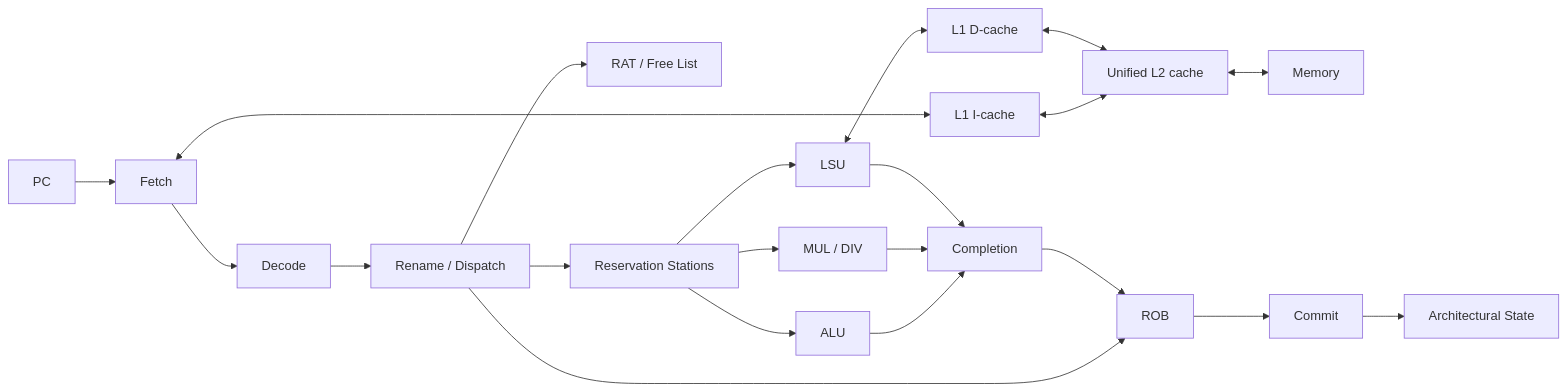
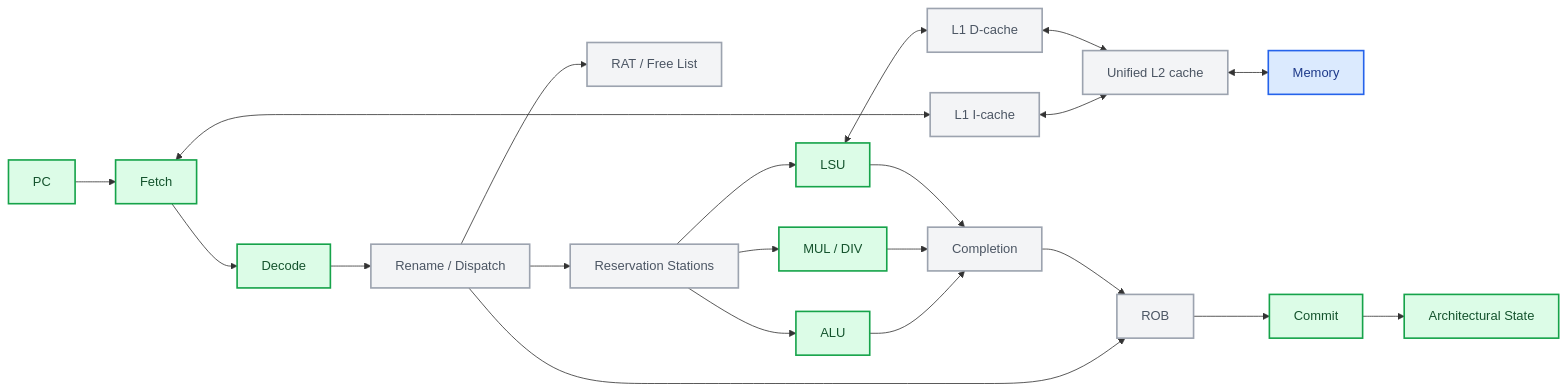
The first of 2 diagrams in README.md (JustinYYZ/rv32im-research-core), drawn with Mermaid before and after one commit. The commit also changed other lines of this file and 9 other files, not shown here.

````diff
--- a/README.md
+++ b/README.md
@@ -45,23 +45,29 @@
 ```mermaid
 flowchart LR
     PC --> FETCH[Fetch]
     FETCH <--> L1I["L1 I-cache"]
     L1I <--> L2["Unified L2 cache"]
     L2 <--> MEM[Memory]
     FETCH --> DECODE[Decode]
     DECODE --> RENAME["Rename / Dispatch"]
     RENAME --> RAT["RAT / Free List"]
     RENAME --> ROB[ROB]
     RENAME --> RS["Reservation Stations"]
     RS --> ALU[ALU]
     RS --> MULDIV["MUL / DIV"]
     RS --> LSU[LSU]
     LSU <--> L1D["L1 D-cache"]
     L1D <--> L2
     ALU --> COMPLETE[Completion]
     MULDIV --> COMPLETE
     LSU --> COMPLETE
     COMPLETE --> ROB
     ROB --> COMMIT[Commit]
     COMMIT --> ARF["Architectural State"]
+    classDef implemented fill:#dcfce7,stroke:#16a34a,color:#14532d,stroke-width:2px
+    classDef planned fill:#f3f4f6,stroke:#9ca3af,color:#4b5563,stroke-width:2px
+    classDef external fill:#dbeafe,stroke:#2563eb,color:#1e3a8a,stroke-width:2px
+    class PC,FETCH,DECODE,ALU,MULDIV,LSU,COMMIT,ARF implemented
+    class L1I,L1D,L2,RENAME,RAT,ROB,RS,COMPLETE planned
+    class MEM external
 ```
````
